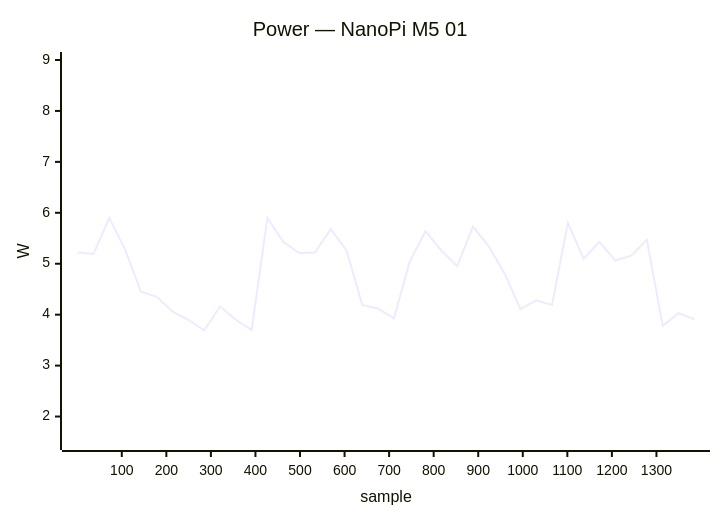
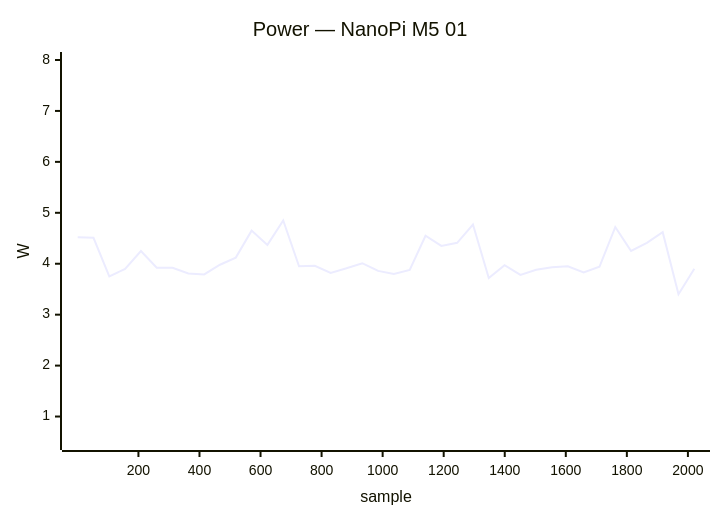
One commit to armbian/documentation changed diagram 17 of 34 in docs/status/board-tests.md. Above: the diagram before and after it, drawn with Mermaid. The commit also changed other lines of this file, not shown here.

````diff
--- a/docs/status/board-tests.md
+++ b/docs/status/board-tests.md
@@ -885,7 +852,7 @@
 ```mermaid
 xychart-beta
     title "Power — NanoPi M5 01"
-    x-axis "sample" 1 --> 1385
-    y-axis "W" 1.5 --> 9.0
-    line [5.22, 5.19, 5.90, 5.28, 4.45, 4.35, 4.06, 3.90, 3.69, 4.16, 3.90, 3.70, 5.90, 5.43, 5.21, 5.22, 5.68, 5.26, 4.19, 4.12, 3.93, 5.04, 5.64, 5.26, 4.95, 5.73, 5.34, 4.81, 4.11, 4.28, 4.19, 5.80, 5.10, 5.43, 5.06, 5.16, 5.47, 3.78, 4.03, 3.91]
+    x-axis "sample" 1 --> 2021
+    y-axis "W" 0.5 --> 8.0
+    line [4.52, 4.51, 3.75, 3.90, 4.25, 3.92, 3.92, 3.81, 3.79, 3.98, 4.12, 4.65, 4.37, 4.85, 3.95, 3.96, 3.82, 3.91, 4.01, 3.86, 3.80, 3.88, 4.55, 4.35, 4.41, 4.77, 3.72, 3.97, 3.78, 3.88, 3.93, 3.95, 3.83, 3.94, 4.72, 4.25, 4.41, 4.62, 3.40, 3.90]
 ```
````
